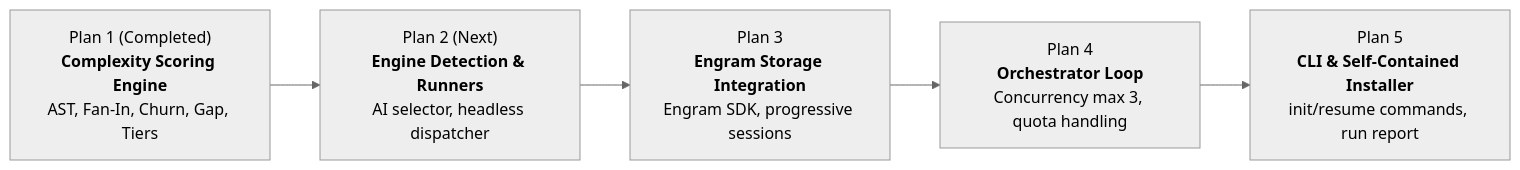
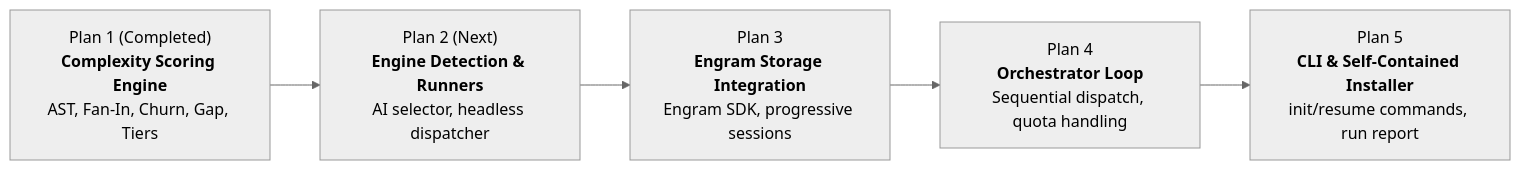
Before and after one commit to jotredev/forge614-atlas: the second of 2 diagrams in docs/en/01-scope-and-orchestrator-design.md, drawn with Mermaid (neutral theme). The commit also changed other lines of this file and 26 other files, not shown here.

````diff
--- a/docs/en/01-scope-and-orchestrator-design.md
+++ b/docs/en/01-scope-and-orchestrator-design.md
@@ -61,10 +61,10 @@
 ```mermaid
 flowchart LR
     P1["Plan 1 (Completed)<br/><b>Complexity Scoring Engine</b><br/>AST, Fan-In, Churn, Gap, Tiers"]
     P2["Plan 2 (Next)<br/><b>Engine Detection & Runners</b><br/>AI selector, headless dispatcher"]
     P3["Plan 3<br/><b>Engram Storage Integration</b><br/>Engram SDK, progressive sessions"]
-    P4["Plan 4<br/><b>Orchestrator Loop</b><br/>Concurrency max 3, quota handling"]
+    P4["Plan 4<br/><b>Orchestrator Loop</b><br/>Sequential dispatch, quota handling"]
     P5["Plan 5<br/><b>CLI & Self-Contained Installer</b><br/>init/resume commands, run report"]
 
     P1 --> P2 --> P3 --> P4 --> P5
 ```
````
